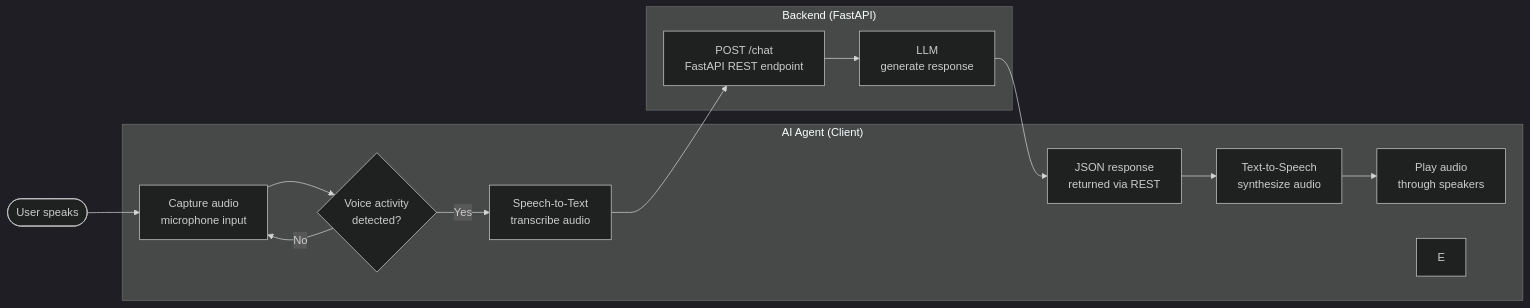
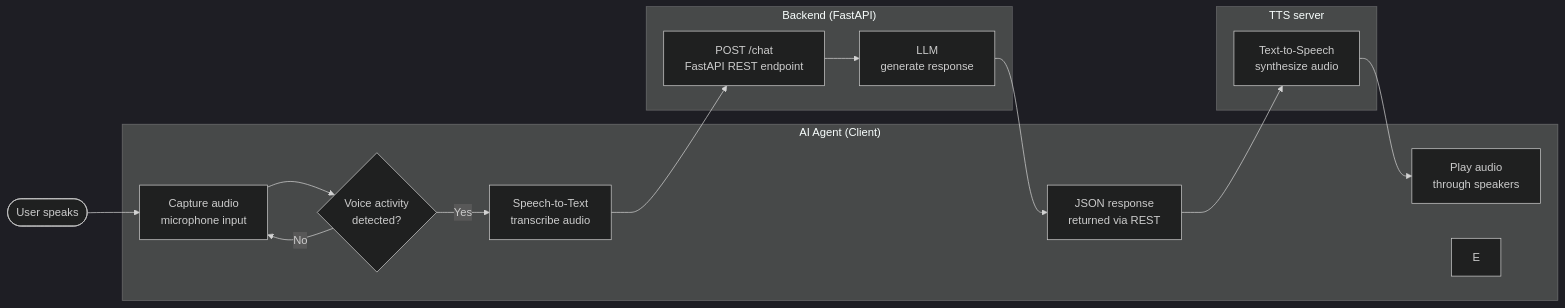
The diagram in ai-agent-flow-detailed.md (CREUZEDorian/intelligent-agent), drawn with Mermaid (dark theme) before and after one commit.

````diff
--- a/ai-agent-flow-detailed.md
+++ b/ai-agent-flow-detailed.md
@@ -1,27 +1,29 @@
 ```mermaid
 flowchart LR
     A([User speaks]) --> B[Capture audio<br/>microphone input]
     B --> C{Voice activity<br/>detected?}
     C -- No --> B
     C -- Yes --> D[Speech-to-Text<br/>transcribe audio]
     D --> F[POST /chat<br/>FastAPI REST endpoint]
     F --> G[LLM<br/>generate response]
     G --> H[JSON response<br/>returned via REST]
     H --> I[Text-to-Speech<br/>synthesize audio]
     I --> J[Play audio<br/>through speakers]
 
     subgraph Client["AI Agent (Client)"]
         B
         C
         D
         E
         H
-        I
         J
     end
 
     subgraph Server["Backend (FastAPI)"]
         F
         G
     end
+    subgraph TTS["TTS server"]
+        I
+    end
 ```
````
